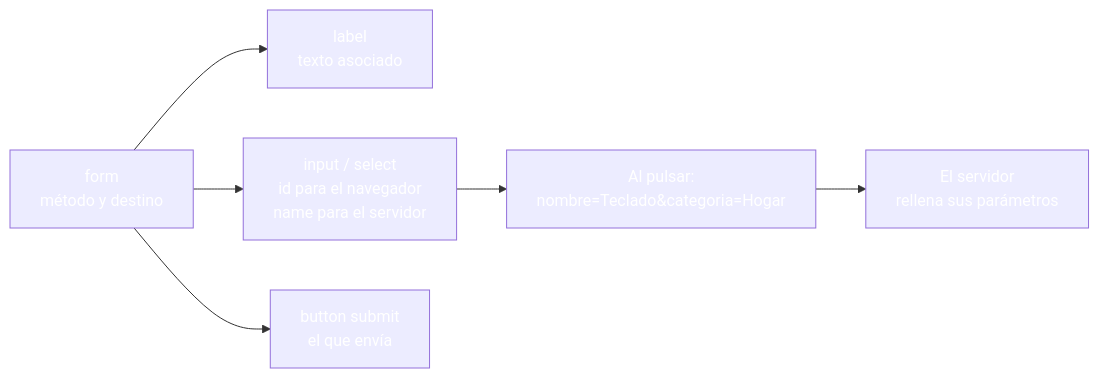
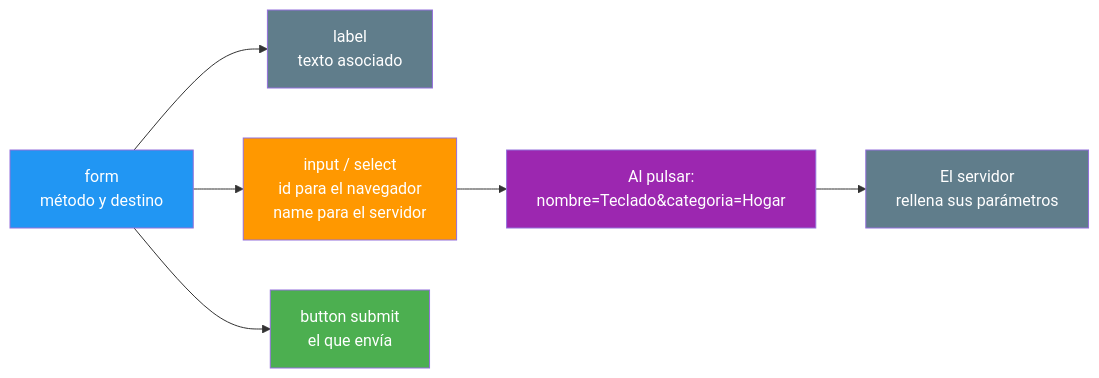
The first of 3 diagrams in 13-formularios-web.md (joseluisgs/DesarrolloWebEntornosServidor-03-2026-2027), drawn with Mermaid before and after one commit. The commit also changed other lines of this file and 25 other files, not shown here.

Commit message:
docs: corregir los estilos Mermaid de los temas y alinear el dominio del tema 25 con ProductosApp

````diff
--- a/13-formularios-web.md
+++ b/13-formularios-web.md
@@ -67,14 +67,14 @@
 ```mermaid
 graph LR
     A["form<br/>método y destino"] --> B["label<br/>texto asociado"]
     A --> C["input / select<br/>id para el navegador<br/>name para el servidor"]
     A --> D["button submit<br/>el que envía"]
     C --> E["Al pulsar:<br/>nombre=Teclado&categoria=Hogar"]
     E --> F["El servidor<br/>rellena sus parámetros"]
-    style A fill:#2196F,color:#fff3,color:#fff
-    style B fill:#607D8,color:#fffB,color:#fff
-    style C fill:#FF980,color:#fff0,color:#fff
-    style D fill:#4CAF5,color:#fff0,color:#fff
-    style E fill:#9C27B,color:#fff0,color:#fff
-    style F fill:#607D8,color:#fffB,color:#fff
+    style A fill:#2196F3,color:#fff
+    style B fill:#607D8B,color:#fff
+    style C fill:#FF9800,color:#fff
+    style D fill:#4CAF50,color:#fff
+    style E fill:#9C27B0,color:#fff
+    style F fill:#607D8B,color:#fff
 ```
````
